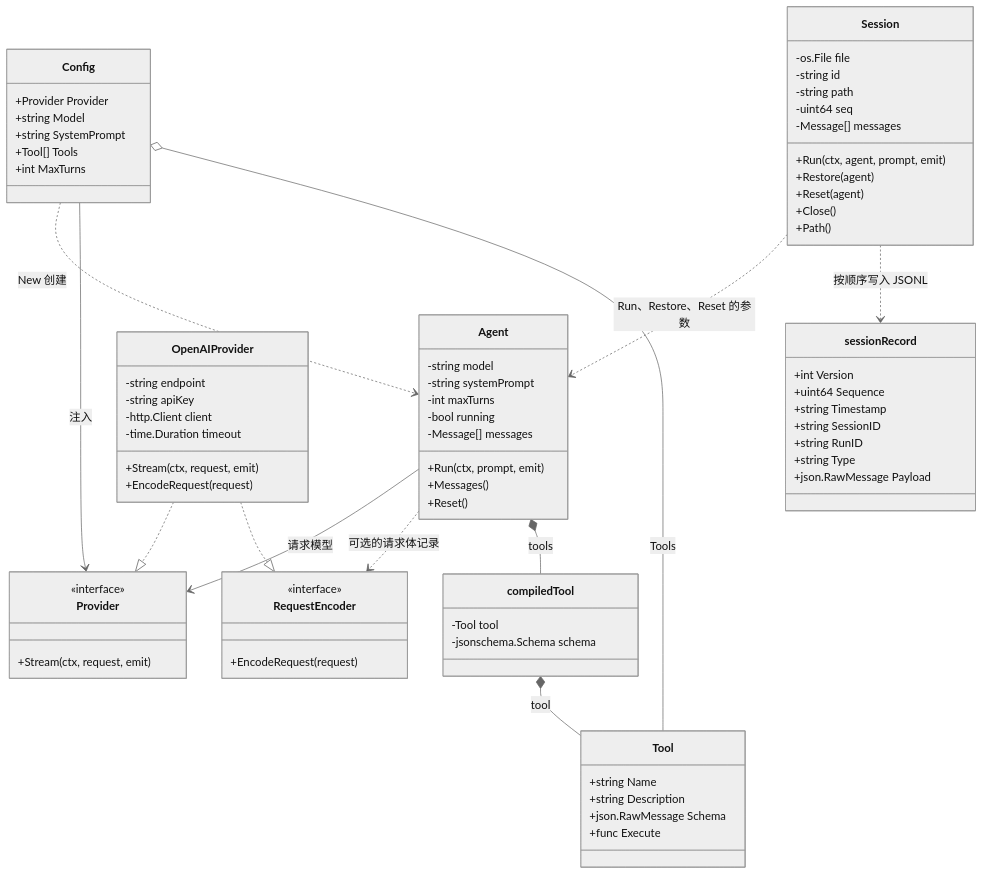
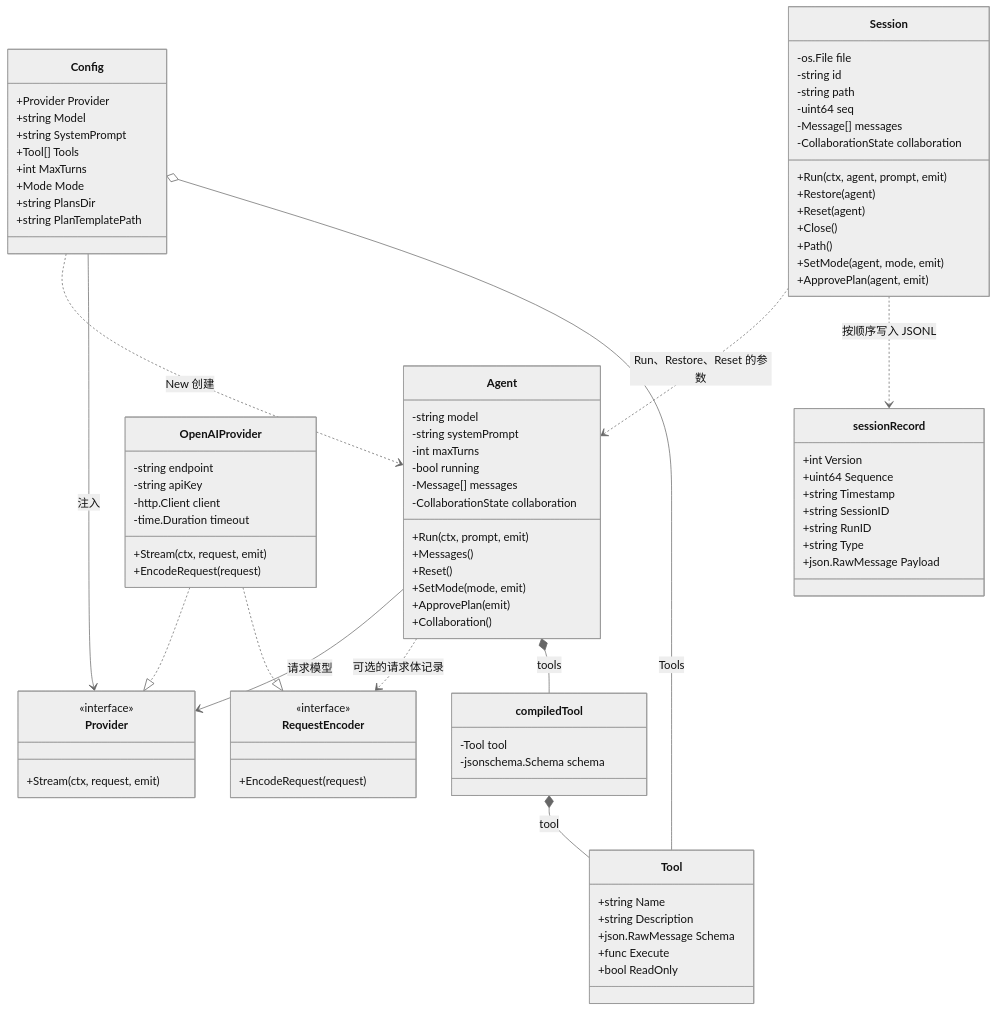
The second of 4 diagrams in docs/architecture.md (unimpl/Iota), drawn with Mermaid (neutral theme) before and after one commit. The commit also changed other lines of this file and 29 other files, not shown here.

Commit message:
feat: add built-in planning mode and persisted plans

```diff
--- a/docs/architecture.md
+++ b/docs/architecture.md
@@ -74,6 +84,9 @@
         +string SystemPrompt
         +Tool[] Tools
         +int MaxTurns
+        +Mode Mode
+        +string PlansDir
+        +string PlanTemplatePath
     }
     class Agent {
         -string model
@@ -81,9 +94,13 @@
         -int maxTurns
         -bool running
         -Message[] messages
+        -CollaborationState collaboration
         +Run(ctx, prompt, emit)
         +Messages()
         +Reset()
+        +SetMode(mode, emit)
+        +ApprovePlan(emit)
+        +Collaboration()
     }
     class Provider {
         <<interface>>
@@ -110,6 +127,7 @@
         +string Description
         +json.RawMessage Schema
         +func Execute
+        +bool ReadOnly
     }
     class Session {
         -os.File file
@@ -117,11 +135,14 @@
         -string path
         -uint64 seq
         -Message[] messages
+        -CollaborationState collaboration
         +Run(ctx, agent, prompt, emit)
         +Restore(agent)
         +Reset(agent)
         +Close()
         +Path()
+        +SetMode(agent, mode, emit)
+        +ApprovePlan(agent, emit)
     }
     class sessionRecord {
         +int Version
```
